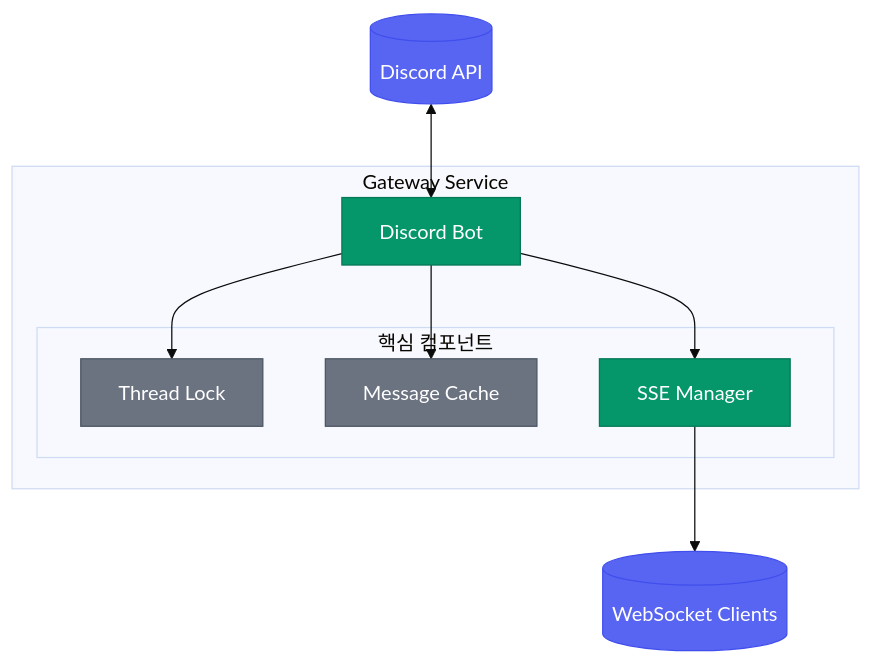
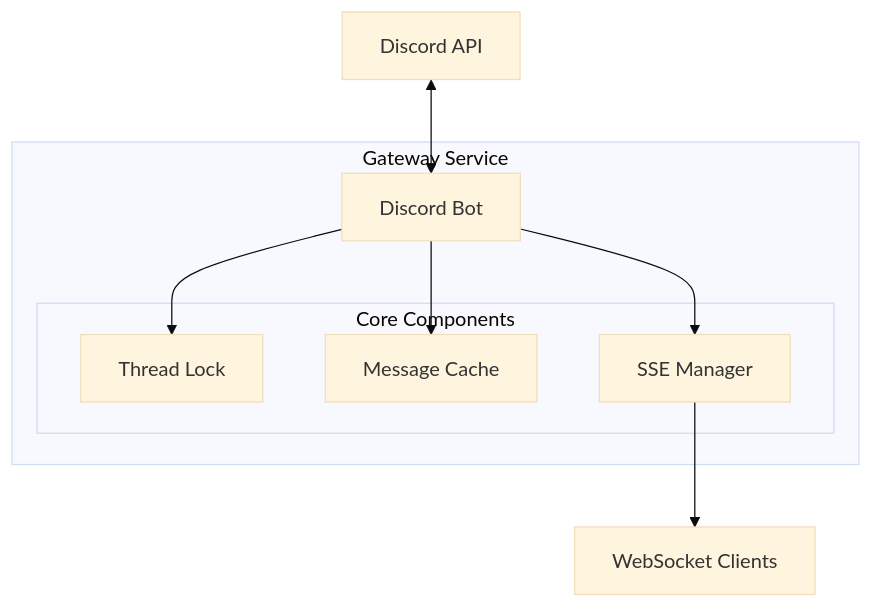
The third of 7 diagrams in content/ko/post/2026-03-01-013-discord-gateway-mcp-아키텍처-설계.md (yarang/blogs), drawn with Mermaid (base theme) before and after one commit. The commit also changed other lines of this file and 1 other file, not shown here.

First line of the commit message:
Simplify Mermaid diagrams for web compatibility

````diff
--- a/content/ko/post/2026-03-01-013-discord-gateway-mcp-아키텍처-설계.md
+++ b/content/ko/post/2026-03-01-013-discord-gateway-mcp-아키텍처-설계.md
@@ -175,22 +157,16 @@
 ```mermaid
 flowchart TB
-    classDef gateway fill:#059669,stroke:#047857,color:#fff
-    classDef storage fill:#6B7280,stroke:#4B5563,color:#fff
-    classDef external fill:#5865F2,stroke:#404EED,color:#fff
-
-    subgraph Gateway["Gateway Service"]
-        Bot["Discord Bot"]:::gateway
-
-        subgraph Core["핵심 컴포넌트"]
-            Lock["Thread Lock"]:::storage
-            Cache["Message Cache"]:::storage
-            SSE["SSE Manager"]:::gateway
+    subgraph GW[Gateway Service]
+        Bot[Discord Bot]
+        subgraph C[Core Components]
+            Lock[Thread Lock]
+            Cache[Message Cache]
+            SSEMgr[SSE Manager]
         end
     end
-
-    Discord[("Discord API")]:::external <--> Bot
+    DAPI[Discord API] <--> Bot
     Bot --> Lock
     Bot --> Cache
-    Bot --> SSE
-    SSE --> Clients[("WebSocket Clients")]:::external
+    Bot --> SSEMgr
+    SSEMgr --> Clients[WebSocket Clients]
 ```
````
